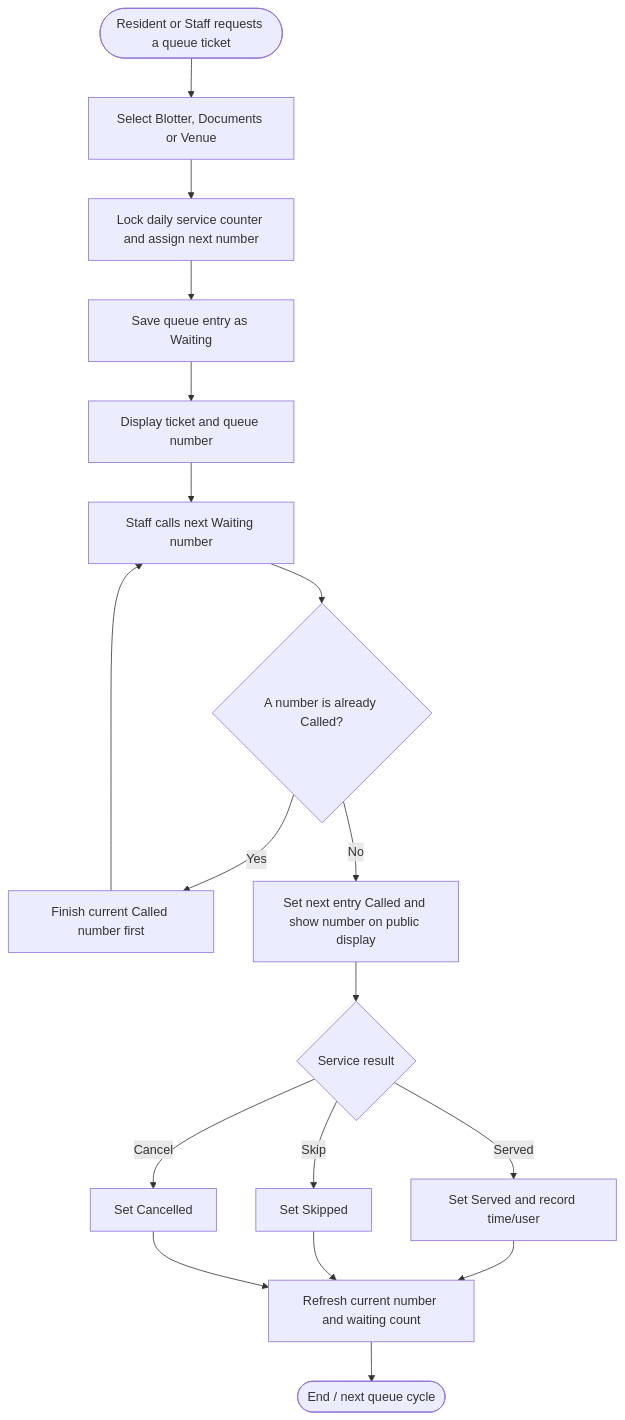
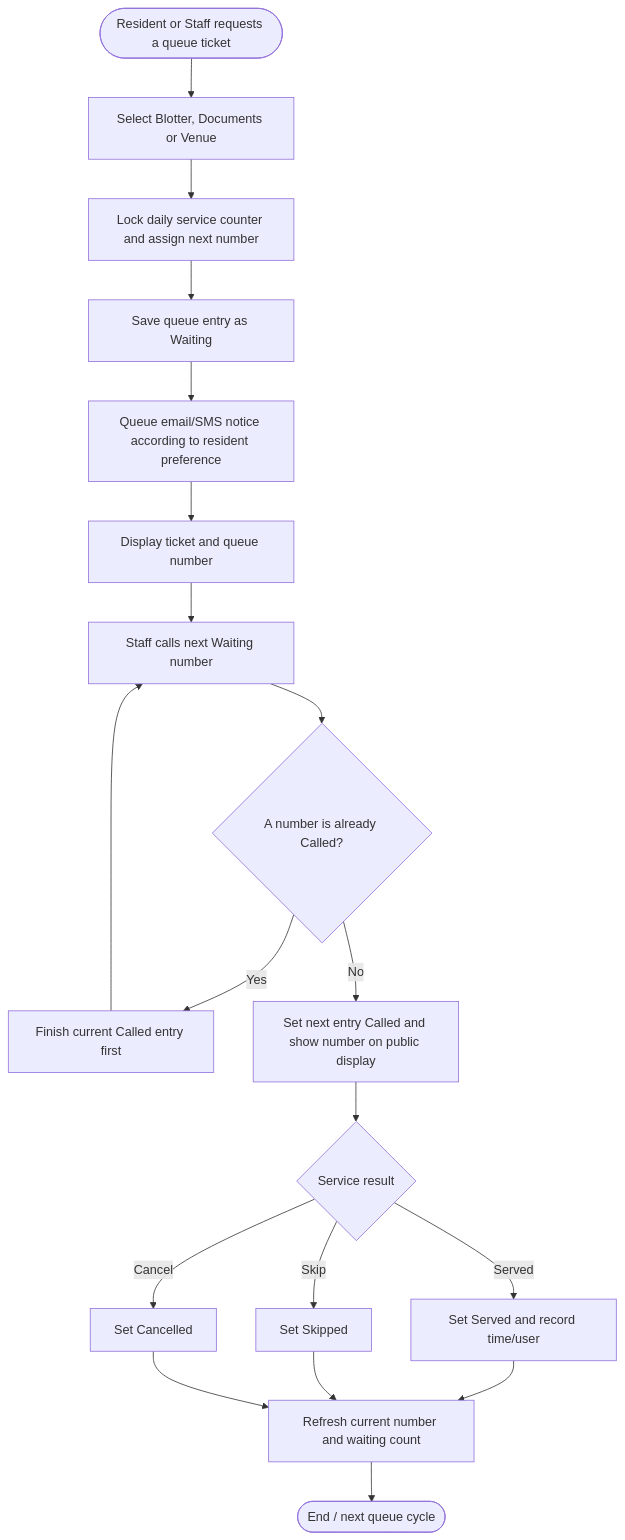
One commit to sachie34/Birms changed the fifth of 5 diagrams in docs/BRMS_BPMN.md. Above: the diagram before and after it, drawn with Mermaid.

Commit message:
docs: align queue BPMN notification timing with code

````diff
--- a/docs/BRMS_BPMN.md
+++ b/docs/BRMS_BPMN.md
@@ -146,20 +146,21 @@
 ```mermaid
 flowchart TD
     A([Resident or Staff requests a queue ticket]) --> B[Select Blotter, Documents or Venue]
     B --> C[Lock daily service counter and assign next number]
     C --> D[Save queue entry as Waiting]
-    D --> E[Display ticket and queue number]
-    E --> F[Staff calls next Waiting number]
-    F --> G{A number is already Called?}
-    G -- Yes --> H[Finish current Called number first]
-    H --> F
-    G -- No --> I[Set next entry Called and show number on public display]
-    I --> J{Service result}
-    J -- Served --> K[Set Served and record time/user]
-    J -- Skip --> L[Set Skipped]
-    J -- Cancel --> M[Set Cancelled]
-    K --> N[Refresh current number and waiting count]
-    L --> N
-    M --> N
-    N --> O([End / next queue cycle])
+    D --> E[Queue email/SMS notice according to resident preference]
+    E --> F[Display ticket and queue number]
+    F --> G[Staff calls next Waiting number]
+    G --> H{A number is already Called?}
+    H -- Yes --> I[Finish current Called entry first]
+    I --> G
+    H -- No --> J[Set next entry Called and show number on public display]
+    J --> K{Service result}
+    K -- Served --> L[Set Served and record time/user]
+    K -- Skip --> M[Set Skipped]
+    K -- Cancel --> N[Set Cancelled]
+    L --> O[Refresh current number and waiting count]
+    M --> O
+    N --> O
+    O --> P([End / next queue cycle])
 ```
````
